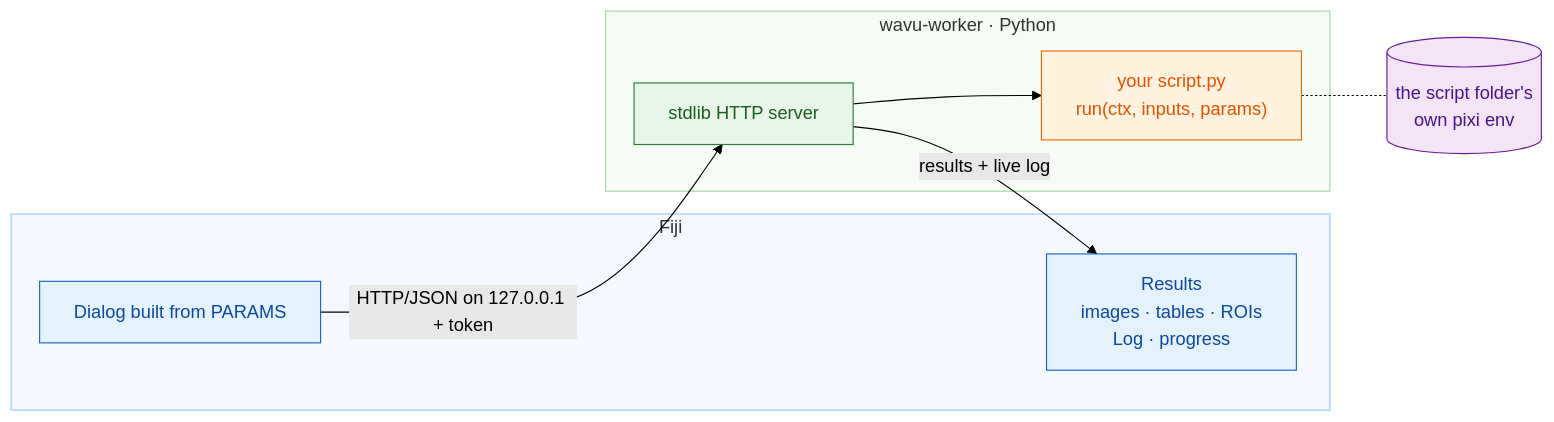
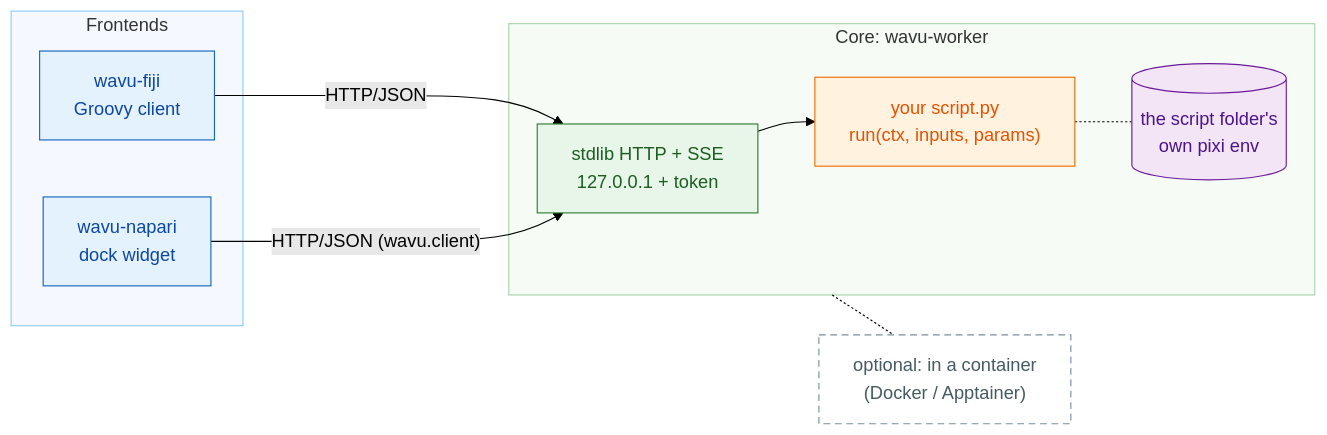
One commit to Oxford-Zeiss-Centre-of-Excellence/Wavu changed the diagram in README.md. Above: the diagram before and after it, drawn with Mermaid (forest theme). The commit also changed other lines of this file and 218 other files, not shown here.

First line of the commit message:
feat: Wavu core + two frontends (wavu-fiji, wavu-napari); remote/container connect; reworked guide

````diff
--- a/README.md
+++ b/README.md
@@ -11,24 +13,27 @@
 ```mermaid
 flowchart LR
-    subgraph FIJI["Fiji"]
-        D["Dialog built from PARAMS"]:::fiji
-        R["Results<br/>images · tables · ROIs<br/>Log · progress"]:::fiji
+    subgraph FE["Frontends"]
+        F["wavu-fiji<br/>Groovy client"]:::fiji
+        N["wavu-napari<br/>dock widget"]:::fiji
     end
-    subgraph PY["wavu-worker · Python"]
-        W["stdlib HTTP server"]:::worker
+    subgraph BE["Core: wavu-worker"]
+        W["stdlib HTTP + SSE<br/>127.0.0.1 + token"]:::worker
         S["your script.py<br/>run(ctx, inputs, params)"]:::script
+        E[("the script folder's<br/>own pixi env")]:::env
     end
-    E[("the script folder's<br/>own pixi env")]:::env
+    C["optional: in a container<br/>(Docker / Apptainer)"]:::box
+    BE -.- C
 
-    D -- "HTTP/JSON on 127.0.0.1 + token" --> W
+    F -- "HTTP/JSON" --> W
+    N -- "HTTP/JSON (wavu.client)" --> W
     W --> S
     S -.- E
-    W -- "results + live log" --> R
 
     classDef fiji   fill:#e3f2fd,stroke:#1565c0,color:#0d47a1
     classDef worker fill:#e8f5e9,stroke:#2e7d32,color:#1b5e20
     classDef script fill:#fff3e0,stroke:#ef6c00,color:#e65100
     classDef env    fill:#f3e5f5,stroke:#6a1b9a,color:#4a148c
-    style FIJI fill:#f5f9ff,stroke:#90caf9
-    style PY   fill:#f6fbf6,stroke:#a5d6a7
+    classDef box    fill:#ffffff,stroke:#78909c,stroke-dasharray: 6 4,color:#455a64
+    style FE fill:#f5f9ff,stroke:#90caf9
+    style BE fill:#f6fbf6,stroke:#a5d6a7
 ```
````
